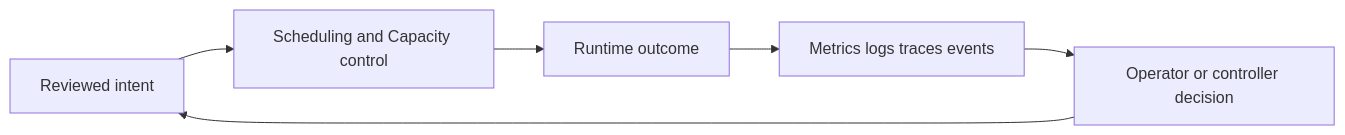
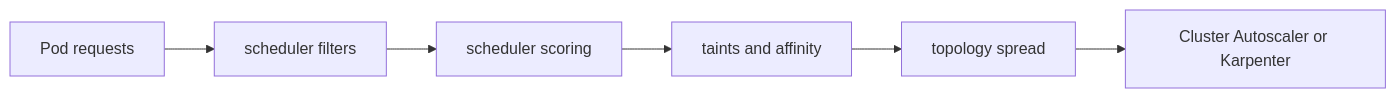
The diagram in docs/study/kubernetes/04-scheduling-and-capacity.md (m1mohamad/devops-sre-prep), drawn with Mermaid before and after one commit. The commit also changed other lines of this file and 61 other files, not shown here.

Commit message:
Replace generic architecture and study templates

````diff
--- a/docs/study/kubernetes/04-scheduling-and-capacity.md
+++ b/docs/study/kubernetes/04-scheduling-and-capacity.md
@@ -20,8 +15,4 @@
 ```mermaid
 flowchart LR
-  Intent[Reviewed intent] --> Control[Scheduling and Capacity control]
-  Control --> Runtime[Runtime outcome]
-  Runtime --> Signals[Metrics logs traces events]
-  Signals --> Decision[Operator or controller decision]
-  Decision --> Intent
+  N0[Pod requests] --> N1[scheduler filters] --> N2[scheduler scoring] --> N3[taints and affinity] --> N4[topology spread] --> N5[Cluster Autoscaler or Karpenter]
 ```
````
